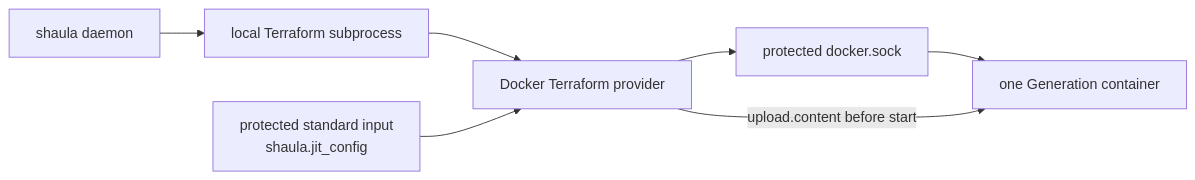
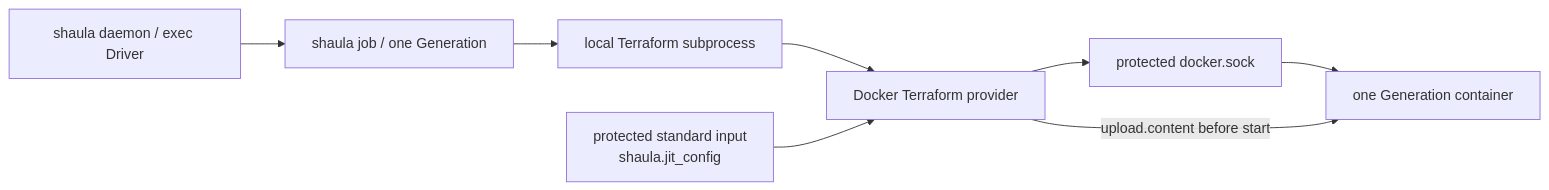
One commit to 5aaee9/shaula changed the diagram in docs/specs/0006-docker-runner-resource.md. Above: the diagram before and after it, drawn with Mermaid. The commit also changed other lines of this file and 63 other files, not shown here.

````diff
--- a/docs/specs/0006-docker-runner-resource.md
+++ b/docs/specs/0006-docker-runner-resource.md
@@ -16,9 +16,10 @@
 ```mermaid
 flowchart LR
-    Shaula["shaula daemon"] --> TF["local Terraform subprocess"]
+    Shaula["shaula daemon / exec Driver"] --> Worker["shaula job / one Generation"]
+    Worker --> TF["local Terraform subprocess"]
     TF --> Provider["Docker Terraform provider"]
     Provider --> Socket["protected docker.sock"]
     Socket --> Container["one Generation container"]
     JIT["protected standard input<br/>shaula.jit_config"] --> Provider
     Provider -->|"upload.content before start"| Container
 ```
````
